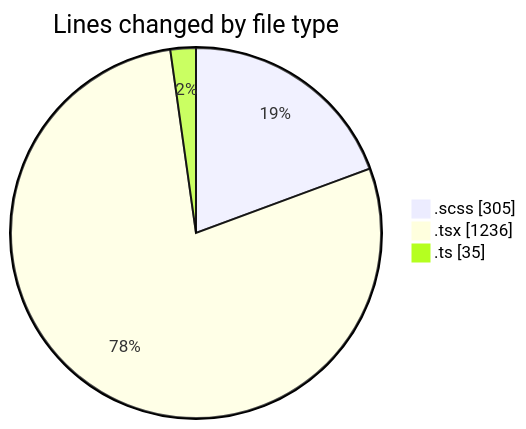
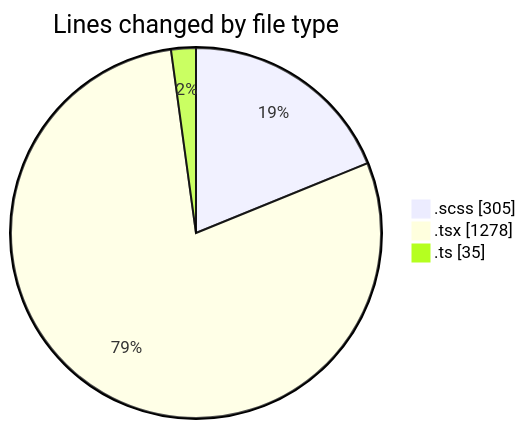
The first of 2 diagrams in 2025-03-04/cda/README.md (momahboobian/code-tracking), drawn with Mermaid before and after one commit. The commit also changed other lines of this file and 1 other file, not shown here.

````diff
--- a/2025-03-04/cda/README.md
+++ b/2025-03-04/cda/README.md
@@ -28,7 +29,7 @@
 ```mermaid
 pie showData
 title Lines changed by file type
 ".scss" : 305
-".tsx" : 1236
+".tsx" : 1278
 ".ts" : 35
 ```
````
